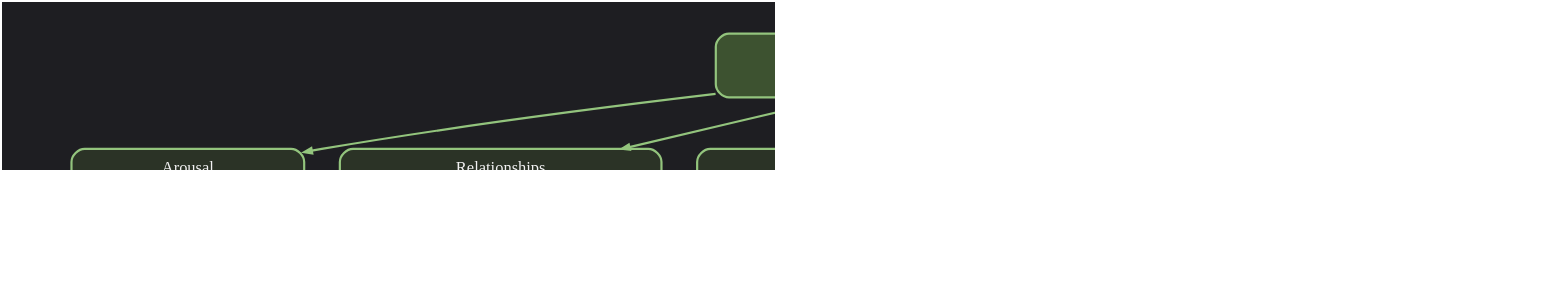
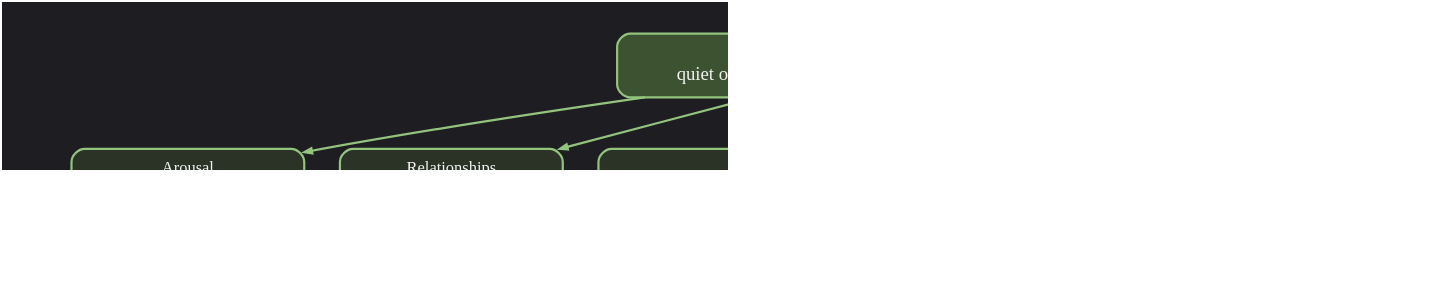
Before and after one commit to Abhisek571/Mantella-Living-World-Hub: the diagram in nexus/images/hub-breakdown.dot, drawn with Graphviz. The commit also changed 13 other files, not shown here.

```diff
--- a/nexus/images/hub-breakdown.dot
+++ b/nexus/images/hub-breakdown.dot
@@ -1,24 +1,24 @@
 digraph G {
   graph [bgcolor="#1e1e22", rankdir=TB, nodesep=0.45, ranksep=0.65, pad=0.4, dpi=150];
   node  [shape=box, style="rounded,filled", fontname="Trebuchet MS", fontsize=15, fontcolor="#f2f2f2", color="#93c47d", fillcolor="#2b3326", penwidth=2, margin="0.28,0.14"];
   edge  [color="#93c47d", penwidth=2, arrowsize=0.7];
 
   hub [label="Integration Hub\nquiet outfits · temperament · setup · troubleshooting", fillcolor="#3d5230", fontsize=17];
 
   arousal [label="Arousal\nOSL Aroused to Mantella"];
   ostim   [label="OStim Expansion\nlive scene lines · flows · bystanders"];
-  rel     [label="Relationships\nMARAS · Romantasy · Lover's Ledger"];
+  rel     [label="Relationships\nMARAS · Lover's Ledger"];
   fol     [label="Followers\nNether's Follower Framework actions"];
 
   wip1 [label="More actions\nwork in progress", style="rounded,dashed", fillcolor="#1e1e22", color="#8a8a8a", fontcolor="#b0b0b0"];
   wip2 [label="SexLab support\nwork in progress", style="rounded,dashed", fillcolor="#1e1e22", color="#8a8a8a", fontcolor="#b0b0b0"];
   wip3 [label="Player character override\nwork in progress", style="rounded,dashed", fillcolor="#1e1e22", color="#8a8a8a", fontcolor="#b0b0b0"];
 
   hub -> arousal; arousal -> ostim;
   hub -> rel; hub -> fol;
   hub -> wip1 [style=dashed, color="#8a8a8a"];
   hub -> wip2 [style=dashed, color="#8a8a8a"];
   hub -> wip3 [style=dashed, color="#8a8a8a"];
   { rank=same; arousal; rel; fol; }
   { rank=same; ostim; wip1; wip2; wip3; }
 }
```
